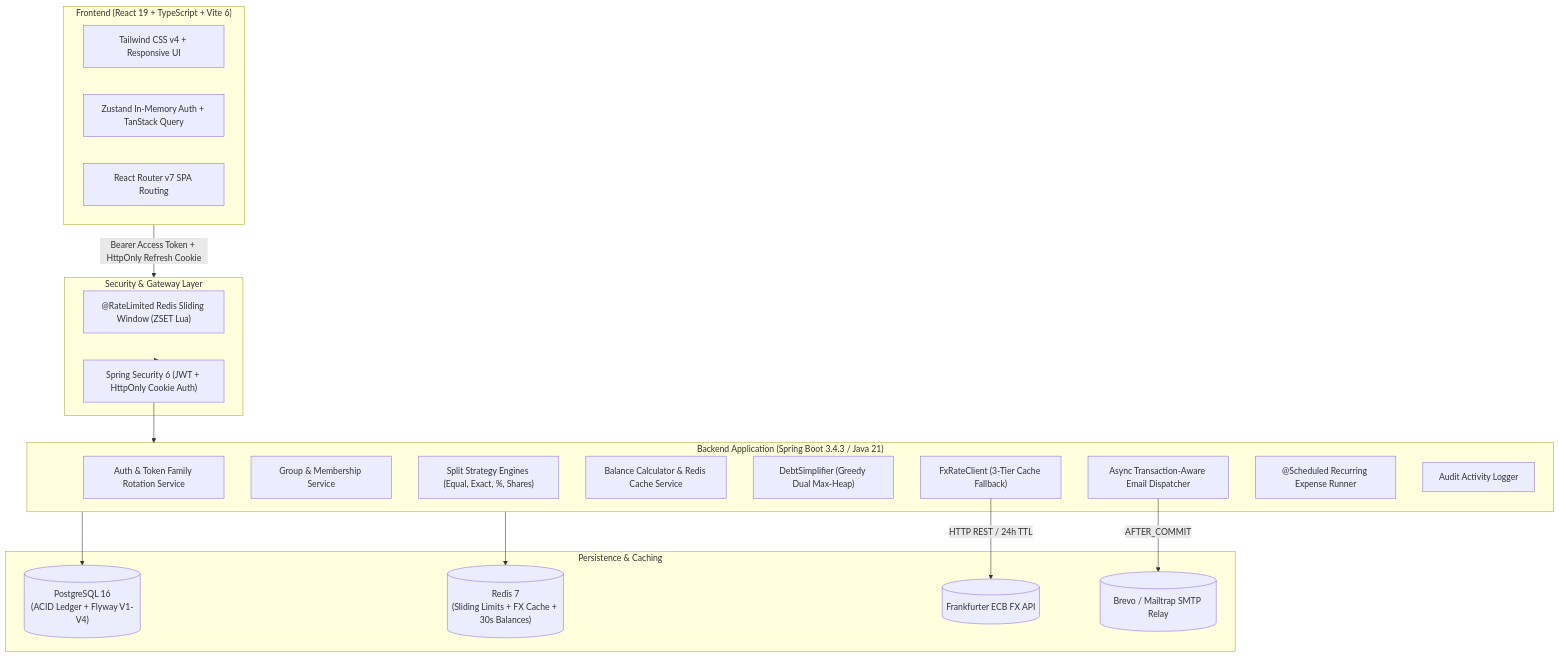
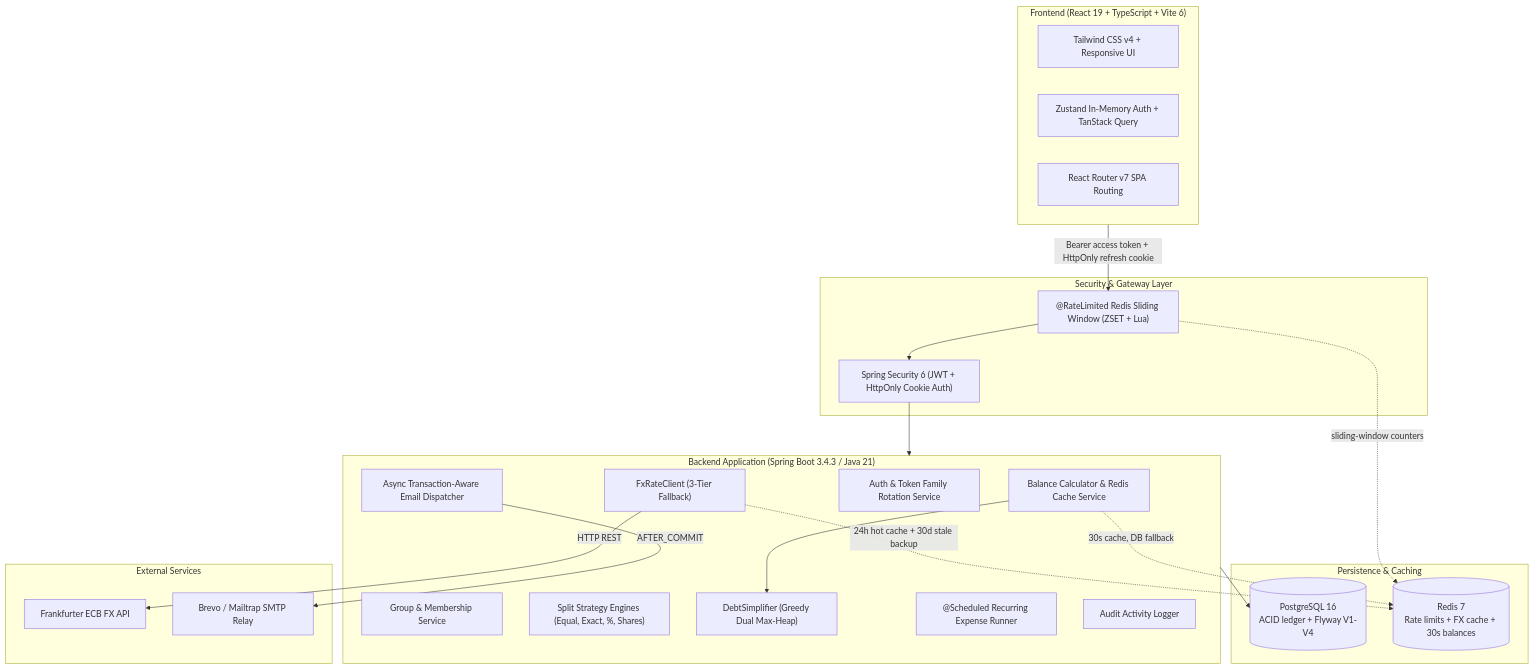
One commit to ombiswas/Settl changed the diagram in README.md. Above: the diagram before and after it, drawn with Mermaid. The commit also changed other lines of this file, not shown here.

````diff
--- a/README.md
+++ b/README.md
@@ -146,40 +203,46 @@
 ```mermaid
 flowchart TD
     subgraph Client ["Frontend (React 19 + TypeScript + Vite 6)"]
         UI["Tailwind CSS v4 + Responsive UI"]
         State["Zustand In-Memory Auth + TanStack Query"]
         Router["React Router v7 SPA Routing"]
     end
 
-    subgraph SecurityLayer ["Security & Gateway Layer"]
-        RateLimit["@RateLimited Redis Sliding Window (ZSET Lua)"]
+    subgraph Edge ["Security & Gateway Layer"]
+        RateLimit["@RateLimited Redis Sliding Window (ZSET + Lua)"]
         Security["Spring Security 6 (JWT + HttpOnly Cookie Auth)"]
     end
 
     subgraph BackendApp ["Backend Application (Spring Boot 3.4.3 / Java 21)"]
         AuthSvc["Auth & Token Family Rotation Service"]
         GroupSvc["Group & Membership Service"]
         SplitSvc["Split Strategy Engines (Equal, Exact, %, Shares)"]
         BalanceSvc["Balance Calculator & Redis Cache Service"]
         DebtEngine["DebtSimplifier (Greedy Dual Max-Heap)"]
-        FxSvc["FxRateClient (3-Tier Cache Fallback)"]
+        FxSvc["FxRateClient (3-Tier Fallback)"]
         AsyncEmail["Async Transaction-Aware Email Dispatcher"]
         RecurringWorker["@Scheduled Recurring Expense Runner"]
         AuditSvc["Audit Activity Logger"]
     end
 
-    subgraph Persistence ["Persistence & Caching"]
-        Postgres[("PostgreSQL 16\n(ACID Ledger + Flyway V1-V4)")]
-        Redis[("Redis 7\n(Sliding Limits + FX Cache + 30s Balances)")]
-        Frankfurter[("Frankfurter ECB FX API")]
-        SMTP[("Brevo / Mailtrap SMTP Relay")]
+    subgraph Data ["Persistence & Caching"]
+        Postgres[("PostgreSQL 16<br/>ACID ledger + Flyway V1-V4")]
+        Redis[("Redis 7<br/>Rate limits + FX cache + 30s balances")]
     end
 
-    Client -->|Bearer Access Token + HttpOnly Refresh Cookie| SecurityLayer
-    SecurityLayer --> Security
+    subgraph External ["External Services"]
+        Frankfurter["Frankfurter ECB FX API"]
+        SMTP["Brevo / Mailtrap SMTP Relay"]
+    end
+
+    Client -->|"Bearer access token + HttpOnly refresh cookie"| RateLimit
+    RateLimit --> Security
+    RateLimit -.->|"sliding-window counters"| Redis
     Security --> BackendApp
+    BalanceSvc --> DebtEngine
     BackendApp --> Postgres
-    BackendApp --> Redis
-    FxSvc -->|HTTP REST / 24h TTL| Frankfurter
-    AsyncEmail -->|AFTER_COMMIT| SMTP
+    BalanceSvc -.->|"30s cache, DB fallback"| Redis
+    FxSvc -.->|"24h hot cache + 30d stale backup"| Redis
+    FxSvc -->|"HTTP REST"| Frankfurter
+    AsyncEmail -->|"AFTER_COMMIT"| SMTP
 ```
````
